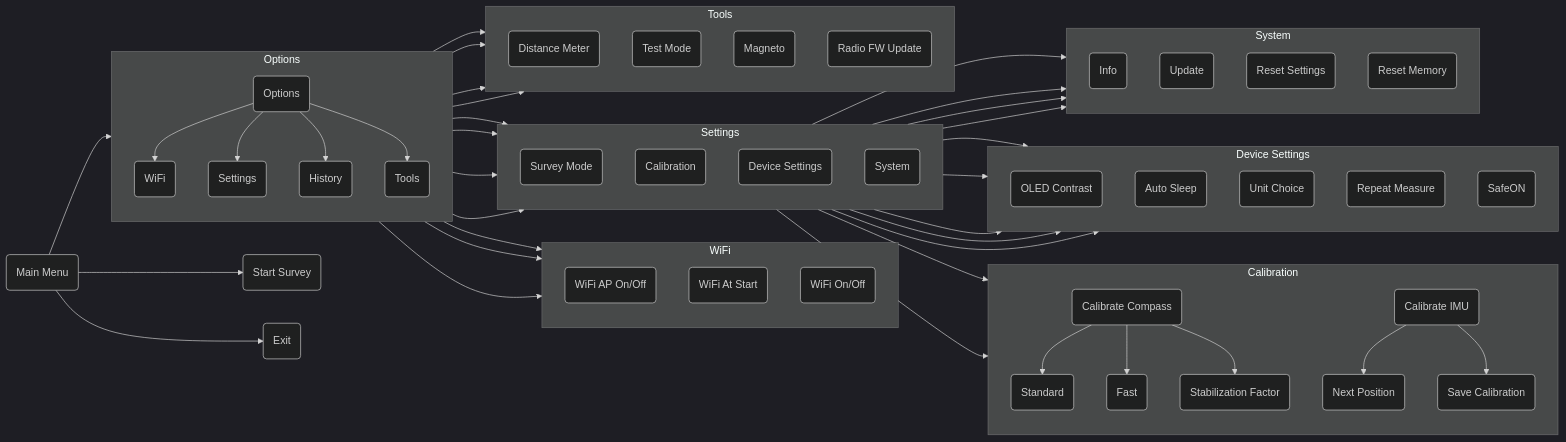
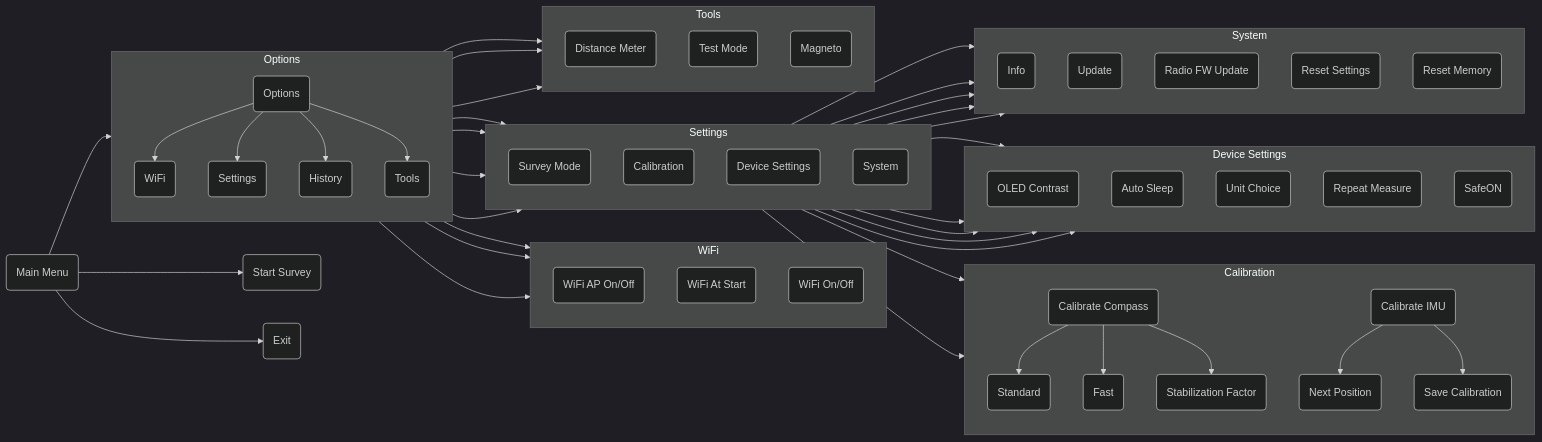
Before and after one commit to SebKister/JedEye-Documentation: the diagram in website/docs/Menu-Tree.md, drawn with Mermaid (dark theme). The commit also changed 4 other files, not shown here.

````diff
--- a/website/docs/Menu-Tree.md
+++ b/website/docs/Menu-Tree.md
@@ -90,11 +90,13 @@
         direction TB
         SysInfo(Info)
         Update(Update)
+        RadioFW(Radio FW Update)
         ResetSet(Reset Settings)
         ResetMem(Reset Memory)
-        
+
         System --> SysInfo
         System --> Update
+        System --> RadioFW
         System --> ResetSet
         System --> ResetMem
     end
@@ -106,11 +108,9 @@
         DistMeter(Distance Meter)
         TestMode(Test Mode)
         Magneto(Magneto)
-        RadioFW(Radio FW Update)
 
         Tools --> DistMeter
         Tools --> TestMode
         Tools --> Magneto
-        Tools --> RadioFW
     end
 ```
````
